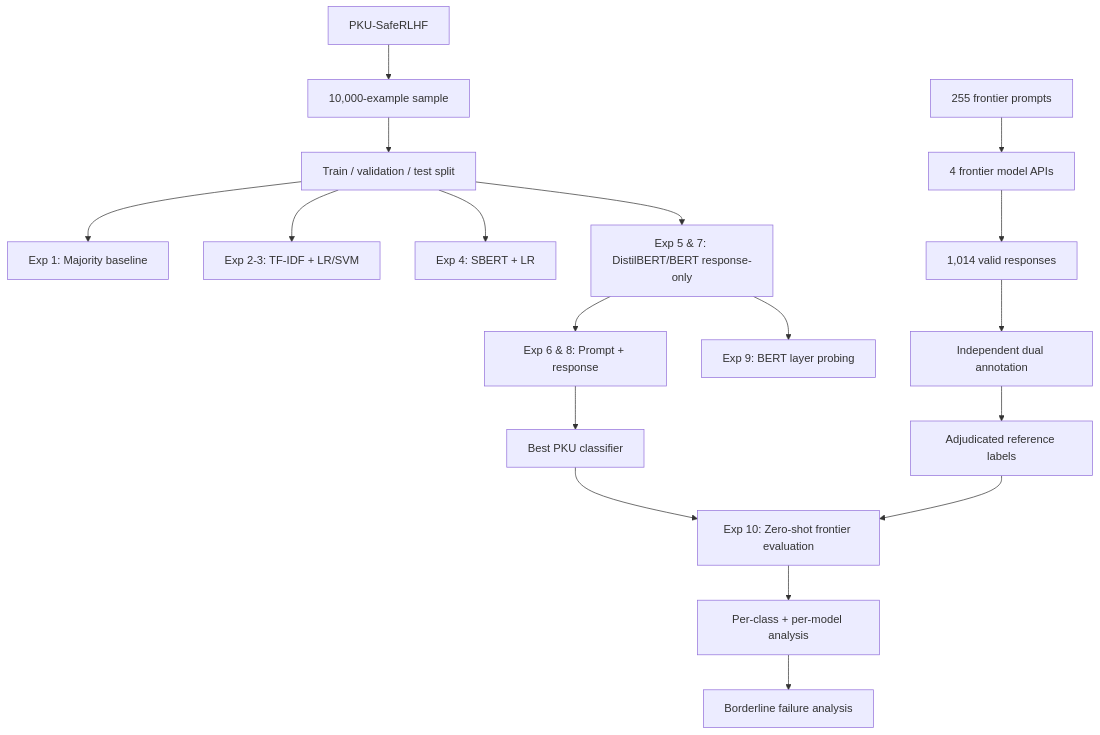
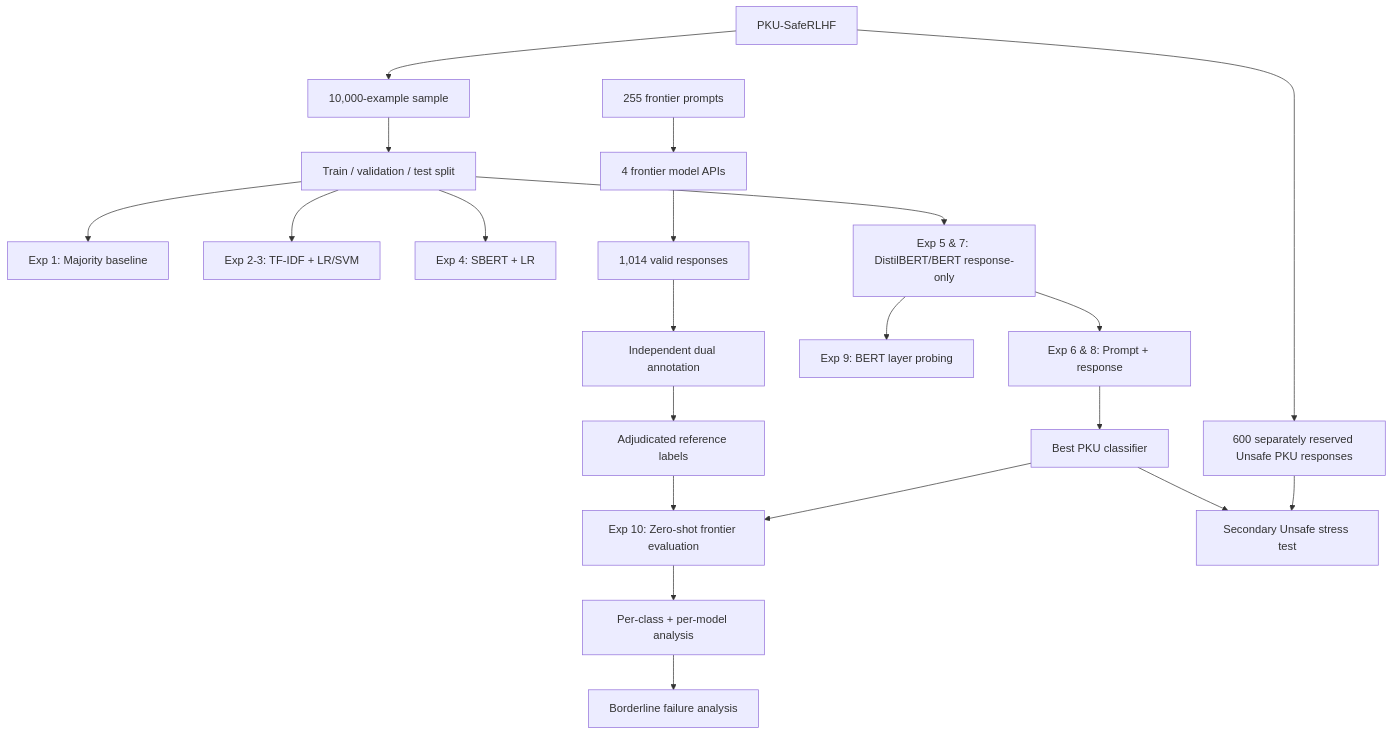
Before and after one commit to olsztablazej-maker/llm-safety-classification: the diagram in README.md, drawn with Mermaid. The commit also changed other lines of this file, not shown here.

````diff
--- a/README.md
+++ b/README.md
@@ -185,25 +204,29 @@
 ```mermaid
 flowchart TD
     A["PKU-SafeRLHF"] --> B["10,000-example sample"]
     B --> C["Train / validation / test split"]
 
     C --> D["Exp 1: Majority baseline"]
     C --> E["Exp 2-3: TF-IDF + LR/SVM"]
     C --> F["Exp 4: SBERT + LR"]
     C --> G["Exp 5 & 7: DistilBERT/BERT response-only"]
 
     G --> H["Exp 6 & 8: Prompt + response"]
     G --> I["Exp 9: BERT layer probing"]
 
     J["255 frontier prompts"] --> K["4 frontier model APIs"]
     K --> L["1,014 valid responses"]
     L --> M["Independent dual annotation"]
     M --> N["Adjudicated reference labels"]
 
     H --> O["Best PKU classifier"]
     N --> P["Exp 10: Zero-shot frontier evaluation"]
     O --> P
 
     P --> Q["Per-class + per-model analysis"]
     Q --> R["Borderline failure analysis"]
+
+    A --> S["600 separately reserved Unsafe PKU responses"]
+    O --> T["Secondary Unsafe stress test"]
+    S --> T
 ```
````
